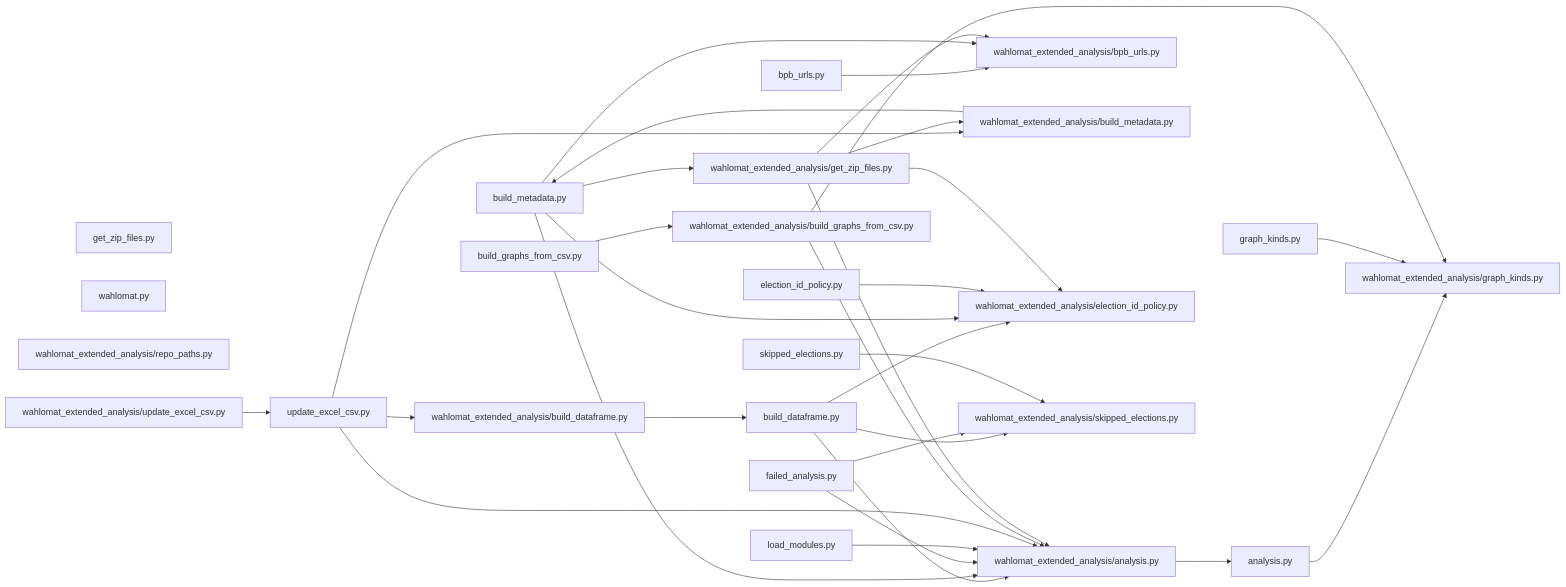
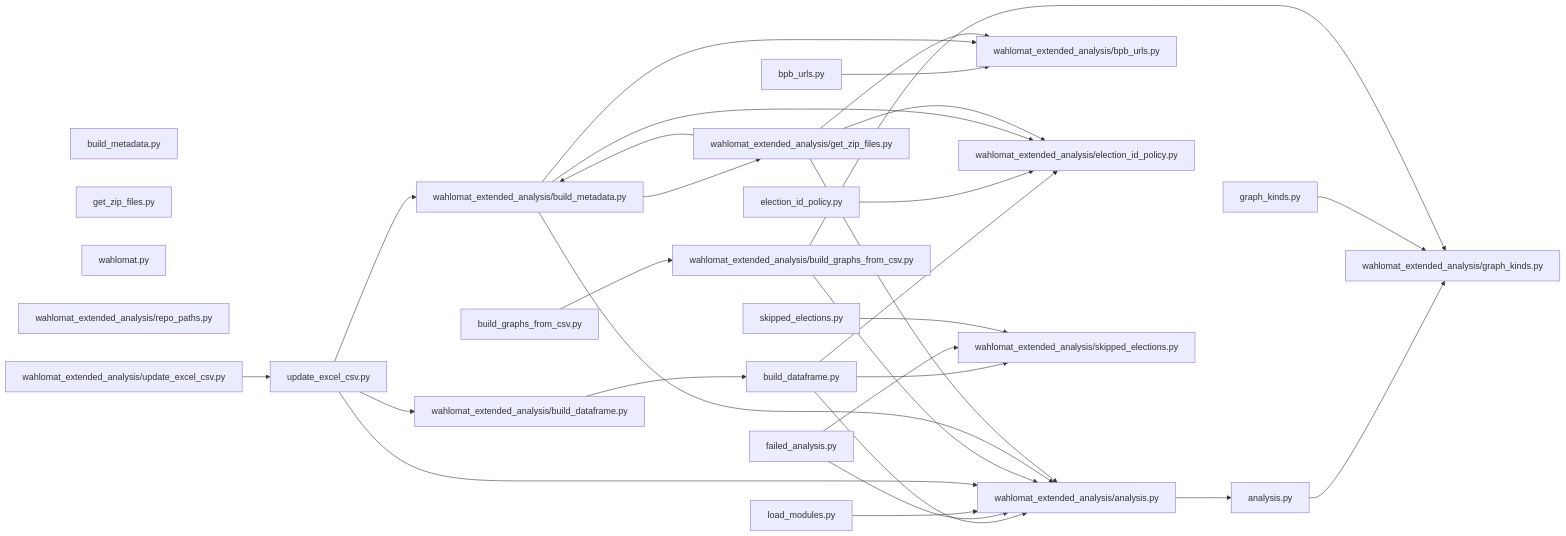
The second of 2 diagrams in docs/ARCHITECTURE.md (skbormann/wahlomat-extended-analysis), drawn with Mermaid before and after one commit. The commit also changed 2 other files, not shown here.

Commit message:
Move build_metadata into package.
Preserve legacy build_metadata import and CLI behavior by aliasing the root module path to the package implementation, and update the generated architecture graph.

Made-with: Cursor

````diff
--- a/docs/ARCHITECTURE.md
+++ b/docs/ARCHITECTURE.md
@@ -57,56 +57,55 @@
 ```mermaid
 flowchart LR
   m_analysis["analysis.py"]
   m_bpb_urls["bpb_urls.py"]
   m_build_dataframe["build_dataframe.py"]
   m_build_graphs_from_csv["build_graphs_from_csv.py"]
   m_build_metadata["build_metadata.py"]
   m_election_id_policy["election_id_policy.py"]
   m_failed_analysis["failed_analysis.py"]
   m_get_zip_files["get_zip_files.py"]
   m_graph_kinds["graph_kinds.py"]
   m_load_modules["load_modules.py"]
   m_skipped_elections["skipped_elections.py"]
   m_update_excel_csv["update_excel_csv.py"]
   m_wahlomat["wahlomat.py"]
   m_wahlomat_extended_analysis_analysis["wahlomat_extended_analysis/analysis.py"]
   m_wahlomat_extended_analysis_bpb_urls["wahlomat_extended_analysis/bpb_urls.py"]
   m_wahlomat_extended_analysis_build_dataframe["wahlomat_extended_analysis/build_dataframe.py"]
   m_wahlomat_extended_analysis_build_graphs_from_csv["wahlomat_extended_analysis/build_graphs_from_csv.py"]
   m_wahlomat_extended_analysis_build_metadata["wahlomat_extended_analysis/build_metadata.py"]
   m_wahlomat_extended_analysis_election_id_policy["wahlomat_extended_analysis/election_id_policy.py"]
   m_wahlomat_extended_analysis_get_zip_files["wahlomat_extended_analysis/get_zip_files.py"]
   m_wahlomat_extended_analysis_graph_kinds["wahlomat_extended_analysis/graph_kinds.py"]
   m_wahlomat_extended_analysis_repo_paths["wahlomat_extended_analysis/repo_paths.py"]
   m_wahlomat_extended_analysis_skipped_elections["wahlomat_extended_analysis/skipped_elections.py"]
   m_wahlomat_extended_analysis_update_excel_csv["wahlomat_extended_analysis/update_excel_csv.py"]
   m_analysis --> m_wahlomat_extended_analysis_graph_kinds
   m_bpb_urls --> m_wahlomat_extended_analysis_bpb_urls
   m_build_dataframe --> m_wahlomat_extended_analysis_analysis
   m_build_dataframe --> m_wahlomat_extended_analysis_election_id_policy
   m_build_dataframe --> m_wahlomat_extended_analysis_skipped_elections
   m_build_graphs_from_csv --> m_wahlomat_extended_analysis_build_graphs_from_csv
-  m_build_metadata --> m_wahlomat_extended_analysis_analysis
-  m_build_metadata --> m_wahlomat_extended_analysis_bpb_urls
-  m_build_metadata --> m_wahlomat_extended_analysis_election_id_policy
-  m_build_metadata --> m_wahlomat_extended_analysis_get_zip_files
   m_election_id_policy --> m_wahlomat_extended_analysis_election_id_policy
   m_failed_analysis --> m_wahlomat_extended_analysis_analysis
   m_failed_analysis --> m_wahlomat_extended_analysis_skipped_elections
   m_graph_kinds --> m_wahlomat_extended_analysis_graph_kinds
   m_load_modules --> m_wahlomat_extended_analysis_analysis
   m_skipped_elections --> m_wahlomat_extended_analysis_skipped_elections
   m_update_excel_csv --> m_wahlomat_extended_analysis_analysis
   m_update_excel_csv --> m_wahlomat_extended_analysis_build_dataframe
   m_update_excel_csv --> m_wahlomat_extended_analysis_build_metadata
   m_wahlomat_extended_analysis_analysis --> m_analysis
   m_wahlomat_extended_analysis_build_dataframe --> m_build_dataframe
   m_wahlomat_extended_analysis_build_graphs_from_csv --> m_wahlomat_extended_analysis_analysis
   m_wahlomat_extended_analysis_build_graphs_from_csv --> m_wahlomat_extended_analysis_graph_kinds
-  m_wahlomat_extended_analysis_build_metadata --> m_build_metadata
+  m_wahlomat_extended_analysis_build_metadata --> m_wahlomat_extended_analysis_analysis
+  m_wahlomat_extended_analysis_build_metadata --> m_wahlomat_extended_analysis_bpb_urls
+  m_wahlomat_extended_analysis_build_metadata --> m_wahlomat_extended_analysis_election_id_policy
+  m_wahlomat_extended_analysis_build_metadata --> m_wahlomat_extended_analysis_get_zip_files
   m_wahlomat_extended_analysis_get_zip_files --> m_wahlomat_extended_analysis_analysis
   m_wahlomat_extended_analysis_get_zip_files --> m_wahlomat_extended_analysis_bpb_urls
   m_wahlomat_extended_analysis_get_zip_files --> m_wahlomat_extended_analysis_build_metadata
   m_wahlomat_extended_analysis_get_zip_files --> m_wahlomat_extended_analysis_election_id_policy
   m_wahlomat_extended_analysis_update_excel_csv --> m_update_excel_csv
 ```
````
